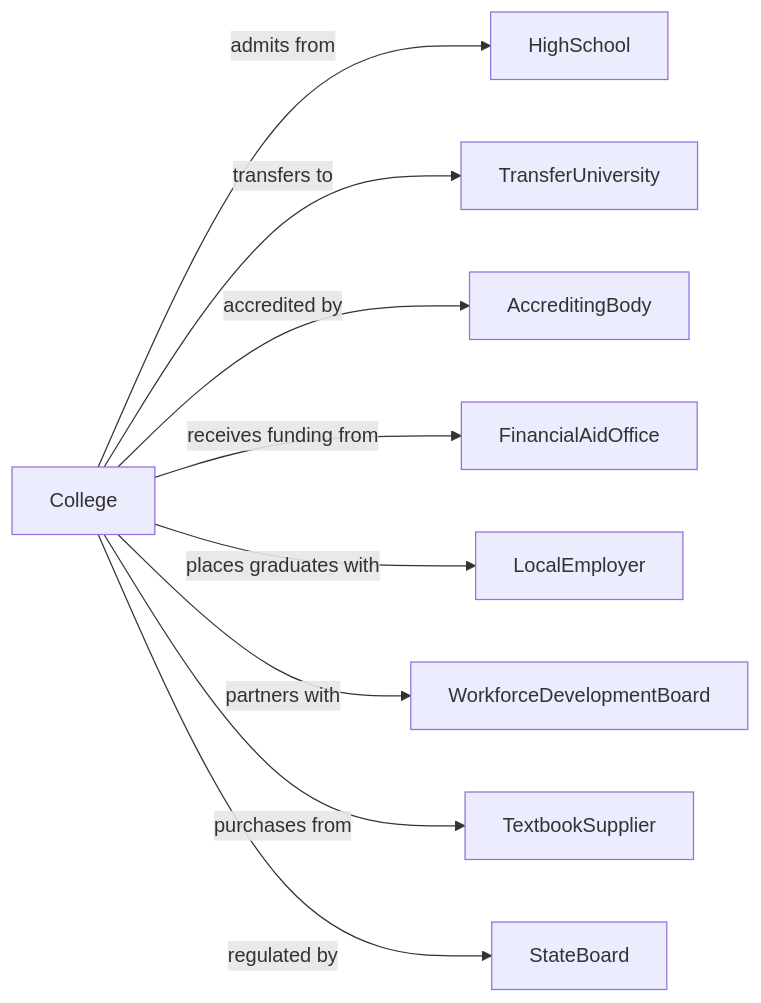
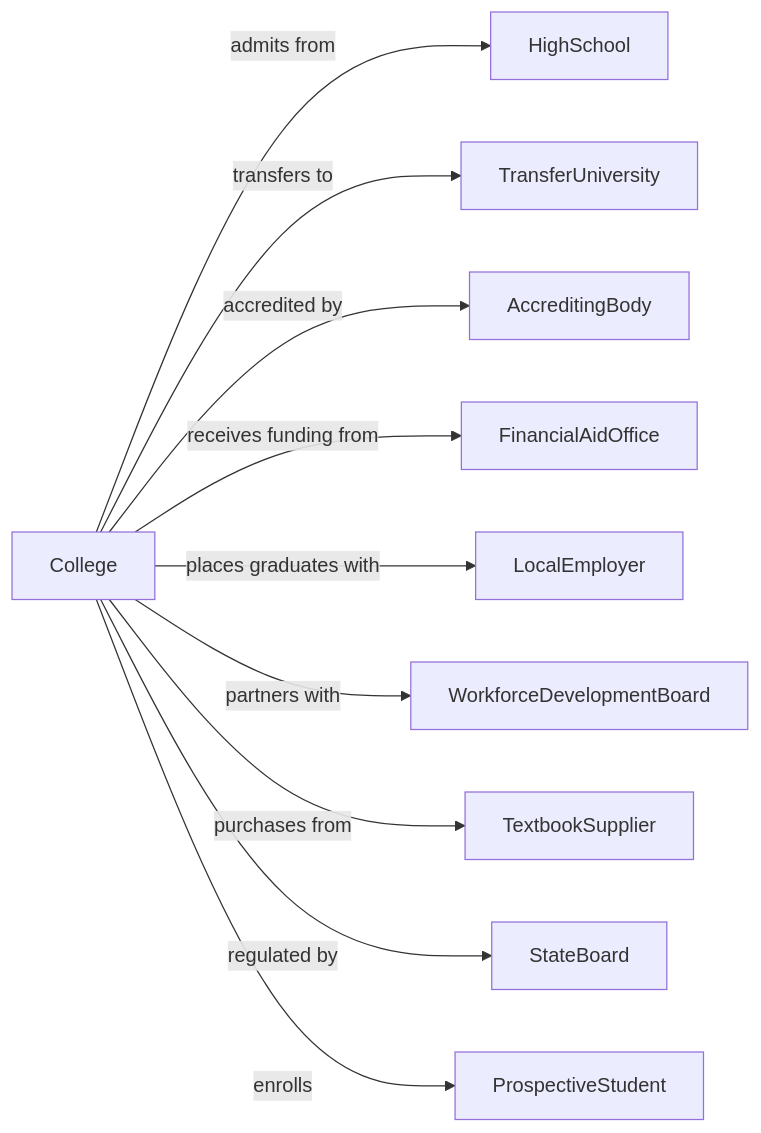
Before and after one commit to dot-org-ai/industries.org.ai: the second of 2 diagrams in Education/Education/JuniorColleges/JuniorColleges.mdx, drawn with Mermaid. The commit also changed 588 other files, not shown here.

````diff
--- a/Education/Education/JuniorColleges/JuniorColleges.mdx
+++ b/Education/Education/JuniorColleges/JuniorColleges.mdx
@@ -143,13 +143,14 @@
 ```mermaid
 graph LR
     C[College]
 
     C -->|admits from| HighSchool
     C -->|transfers to| TransferUniversity
     C -->|accredited by| AccreditingBody
     C -->|receives funding from| FinancialAidOffice
     C -->|places graduates with| LocalEmployer
     C -->|partners with| WorkforceDevelopmentBoard
     C -->|purchases from| TextbookSupplier
     C -->|regulated by| StateBoard
+    C -->|enrolls| ProspectiveStudent
 ```
````
